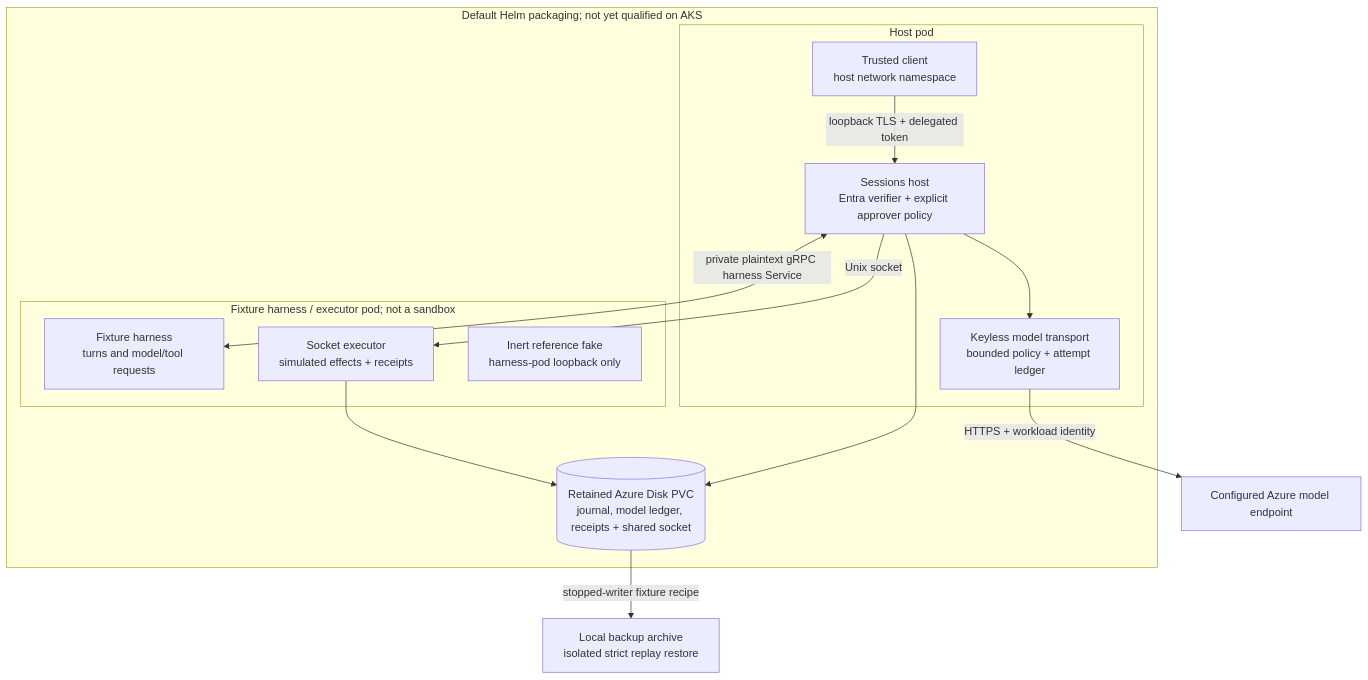
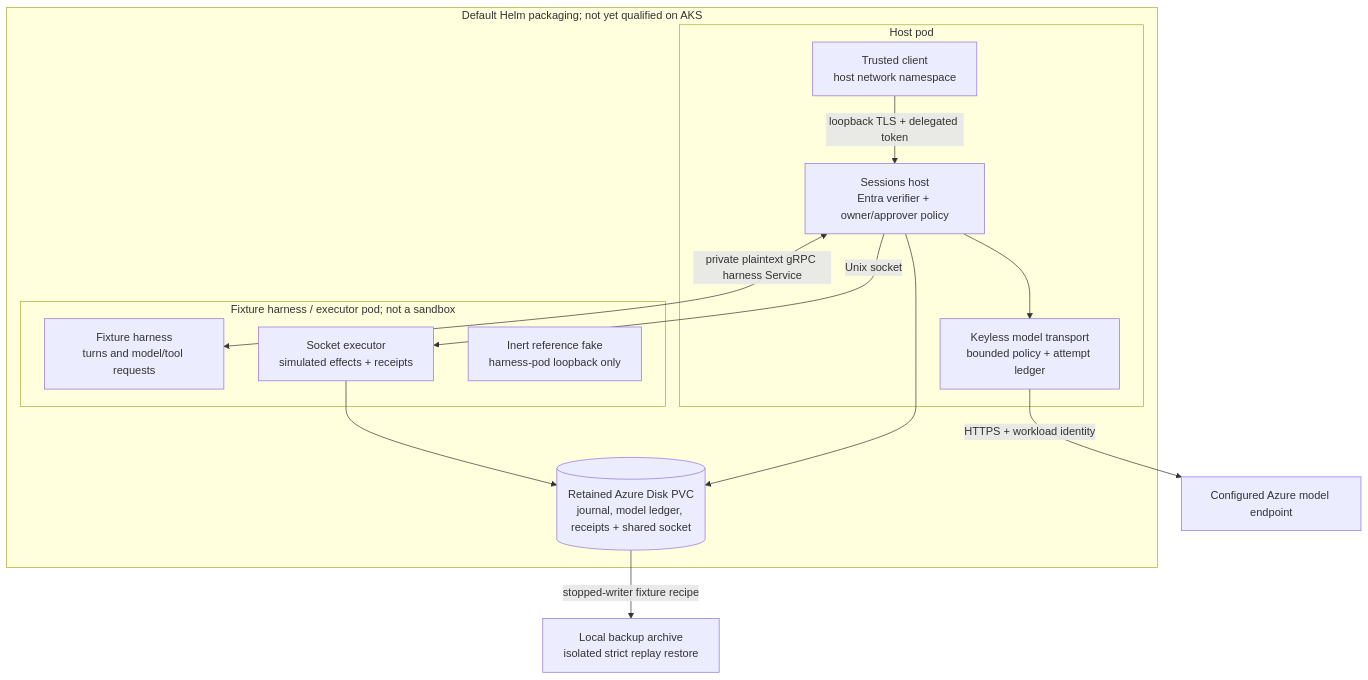
Before and after one commit to Azure/aks-durable-agents: the first of 2 diagrams in docs/architecture.md, drawn with Mermaid. The commit also changed other lines of this file and 17 other files, not shown here.

````diff
--- a/docs/architecture.md
+++ b/docs/architecture.md
@@ -23,23 +23,23 @@
 ```mermaid
 flowchart TB
     subgraph Chart["Default Helm packaging; not yet qualified on AKS"]
         subgraph HostPod["Host pod"]
             C["Trusted client<br/>host network namespace"] -->|"loopback TLS + delegated token"| H
-            H["Sessions host<br/>Entra verifier + explicit approver policy"]
+            H["Sessions host<br/>Entra verifier + owner/approver policy"]
             T["Keyless model transport<br/>bounded policy + attempt ledger"]
             H --> T
         end
         subgraph FixturePod["Fixture harness / executor pod; not a sandbox"]
             F["Fixture harness<br/>turns and model/tool requests"]
             X["Socket executor<br/>simulated effects + receipts"]
             A["Inert reference fake<br/>harness-pod loopback only"]
         end
         V[("Retained Azure Disk PVC<br/>journal, model ledger, receipts + shared socket")]
         H <-->|"private plaintext gRPC harness Service"| F
         H -->|"Unix socket"| X
         H --> V
         X --> V
     end
     T -->|"HTTPS + workload identity"| M["Configured Azure model endpoint"]
     V -->|"stopped-writer fixture recipe"| B["Local backup archive<br/>isolated strict replay restore"]
 ```
````
